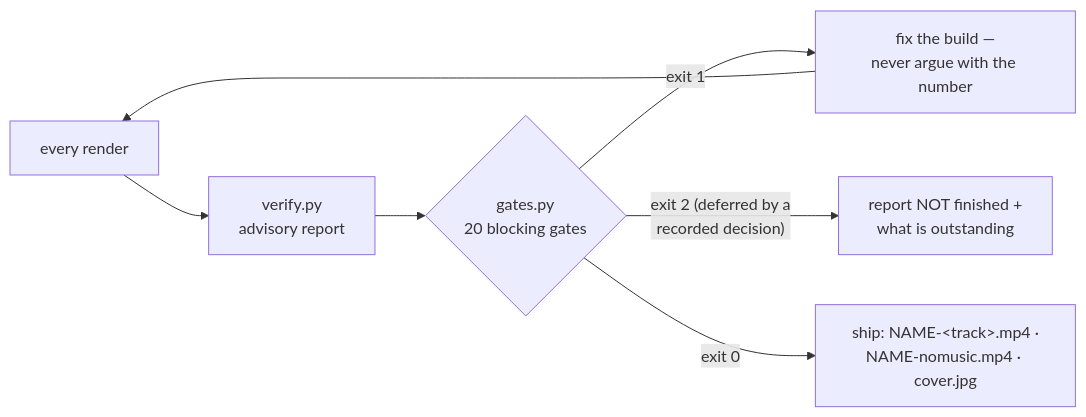
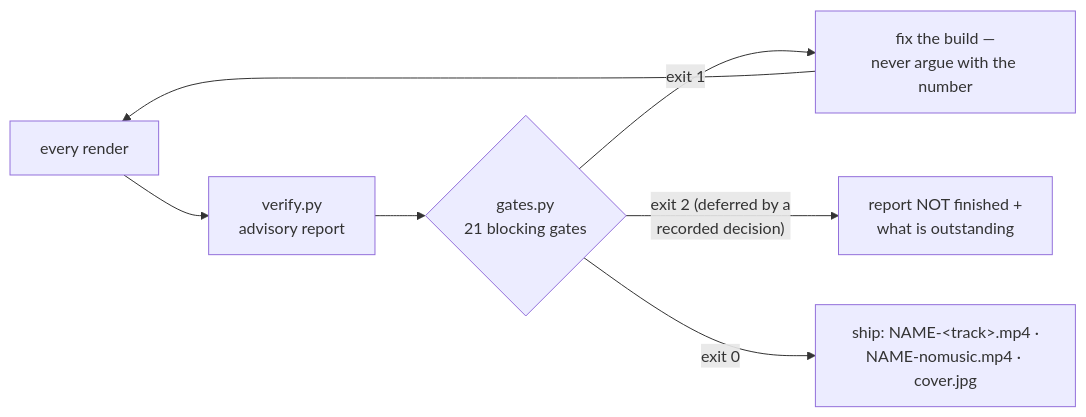
One commit to chyiiiiiiiiiiii/yiibu changed the second of 2 diagrams in skills/yiibu/SKILL.md. Above: the diagram before and after it, drawn with Mermaid. The commit also changed other lines of this file and 39 other files, not shown here.

````diff
--- a/skills/yiibu/SKILL.md
+++ b/skills/yiibu/SKILL.md
@@ -479,7 +483,7 @@
 ```mermaid
 flowchart LR
-    R[every render] --> V["verify.py<br/>advisory report"] --> G{"gates.py<br/>20 blocking gates"}
+    R[every render] --> V["verify.py<br/>advisory report"] --> G{"gates.py<br/>21 blocking gates"}
     G -->|exit 1| F["fix the build —<br/>never argue with the number"] --> R
     G -->|"exit 2 (deferred by a<br/>recorded decision)"| D["report NOT finished +<br/>what is outstanding"]
     G -->|exit 0| S["ship: NAME-&lt;track&gt;.mp4 ·<br/>NAME-nomusic.mp4 · cover.jpg"]
 ```
````
